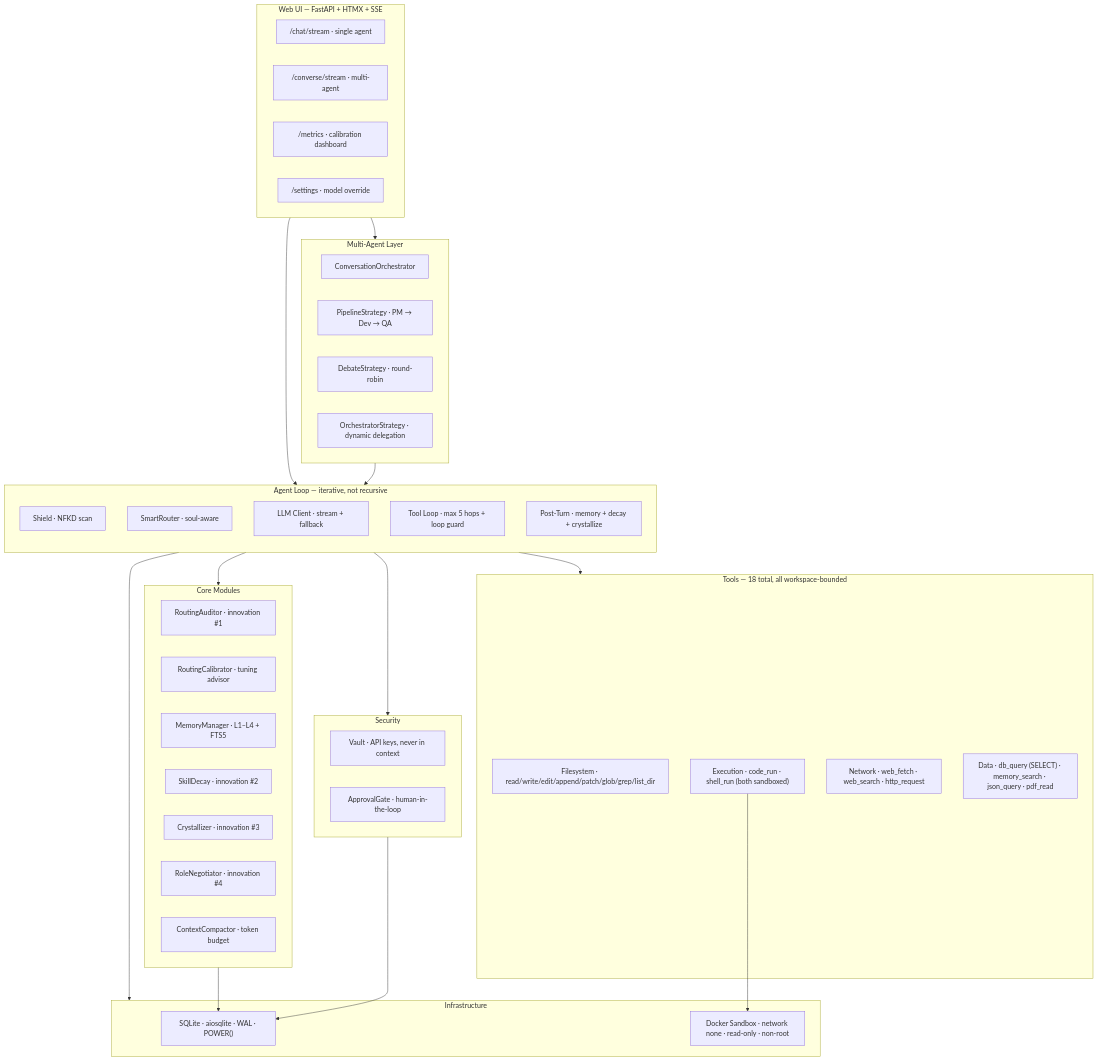
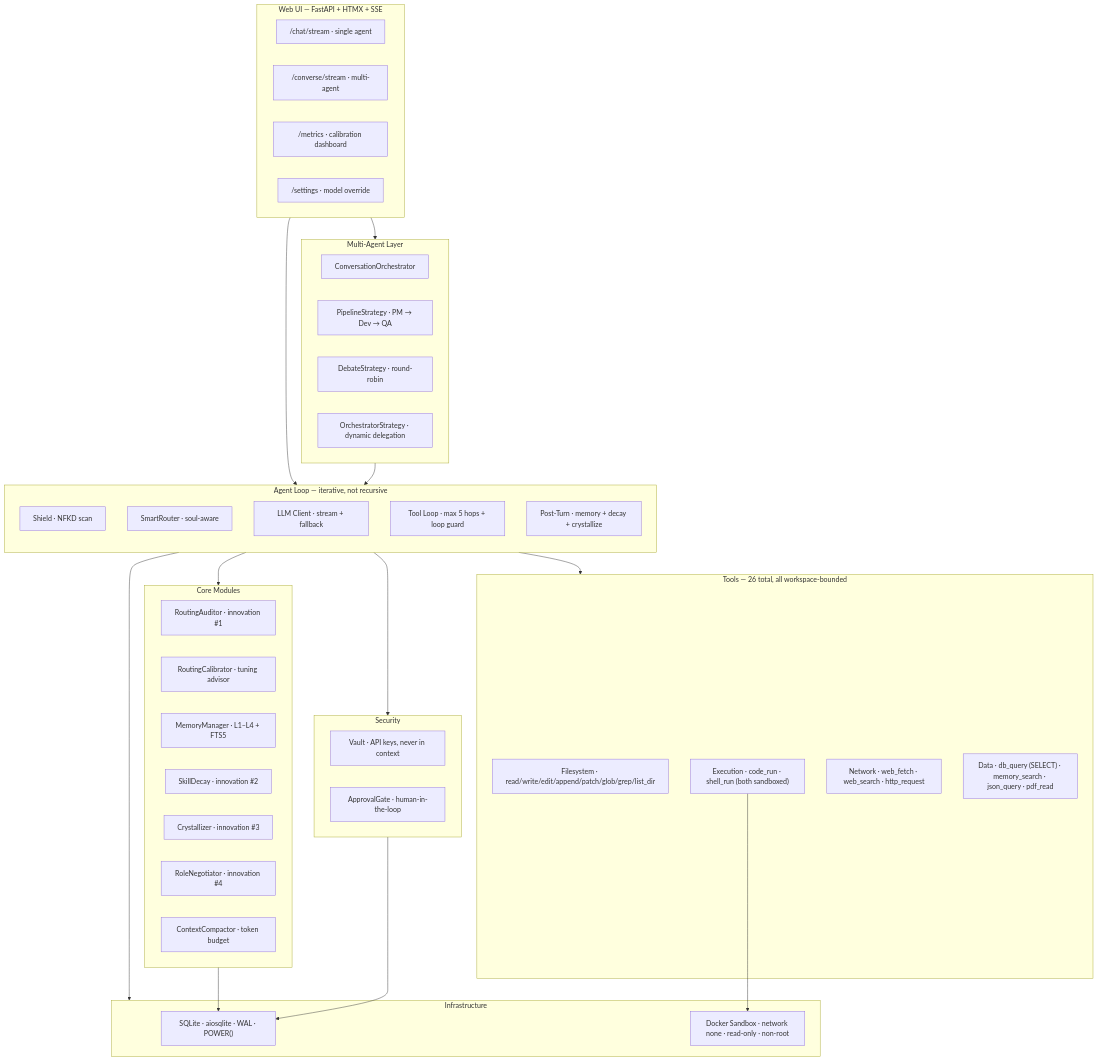
One commit to MuhammadHasbiAshshiddieqy/OpenClawn changed the first of 5 diagrams in README.md. Above: the diagram before and after it, drawn with Mermaid. The commit also changed other lines of this file and 31 other files, not shown here.

First line of the commit message:
feat: Activity Timeline + blocker reporting + Autopilots (Multica-inspired)

````diff
--- a/README.md
+++ b/README.md
@@ -84,63 +84,63 @@
 ```mermaid
 graph TB
     subgraph UI["Web UI — FastAPI + HTMX + SSE"]
         CHAT["/chat/stream · single agent"]
         CONVERSE["/converse/stream · multi-agent"]
         METRICS["/metrics · calibration dashboard"]
         SETTINGS["/settings · model override"]
     end
 
     subgraph CONVO["Multi-Agent Layer"]
         ORCH["ConversationOrchestrator"]
         PIPE["PipelineStrategy · PM &rarr; Dev &rarr; QA"]
         DEBATE["DebateStrategy · round-robin"]
         LEAD["OrchestratorStrategy · dynamic delegation"]
     end
 
     subgraph AGENT["Agent Loop — iterative, not recursive"]
         direction TB
         SHIELD["Shield · NFKD scan"]
         ROUTE["SmartRouter · soul-aware"]
         LLMCALL["LLM Client · stream + fallback"]
         TOOLLOOP["Tool Loop · max 5 hops + loop guard"]
         POST["Post-Turn · memory + decay + crystallize"]
     end
 
     subgraph MODULES["Core Modules"]
         AUDITOR["RoutingAuditor · innovation #1"]
         CALIB["RoutingCalibrator · tuning advisor"]
         MEMORY["MemoryManager · L1–L4 + FTS5"]
         DECAY["SkillDecay · innovation #2"]
         CRYSTAL["Crystallizer · innovation #3"]
         CONTRACTS["RoleNegotiator · innovation #4"]
         COMPACTOR["ContextCompactor · token budget"]
     end
 
-    subgraph TOOLS["Tools — 18 total, all workspace-bounded"]
+    subgraph TOOLS["Tools — 26 total, all workspace-bounded"]
         FS["Filesystem · read/write/edit/append/patch/glob/grep/list_dir"]
         EXEC["Execution · code_run · shell_run (both sandboxed)"]
         NET["Network · web_fetch · web_search · http_request"]
         DATA["Data · db_query (SELECT) · memory_search · json_query · pdf_read"]
     end
 
     subgraph SECURITY["Security"]
         VAULT["Vault · API keys, never in context"]
         APPROVAL["ApprovalGate · human-in-the-loop"]
     end
 
     subgraph INFRA["Infrastructure"]
         DB["SQLite · aiosqlite · WAL · POWER()"]
         SANDBOX["Docker Sandbox · network none · read-only · non-root"]
     end
 
     UI --> CONVO
     UI --> AGENT
     CONVO --> AGENT
     AGENT --> MODULES
     AGENT --> TOOLS
     AGENT --> SECURITY
     AGENT --> INFRA
     EXEC --> SANDBOX
     MODULES --> DB
     SECURITY --> DB
 ```
````
